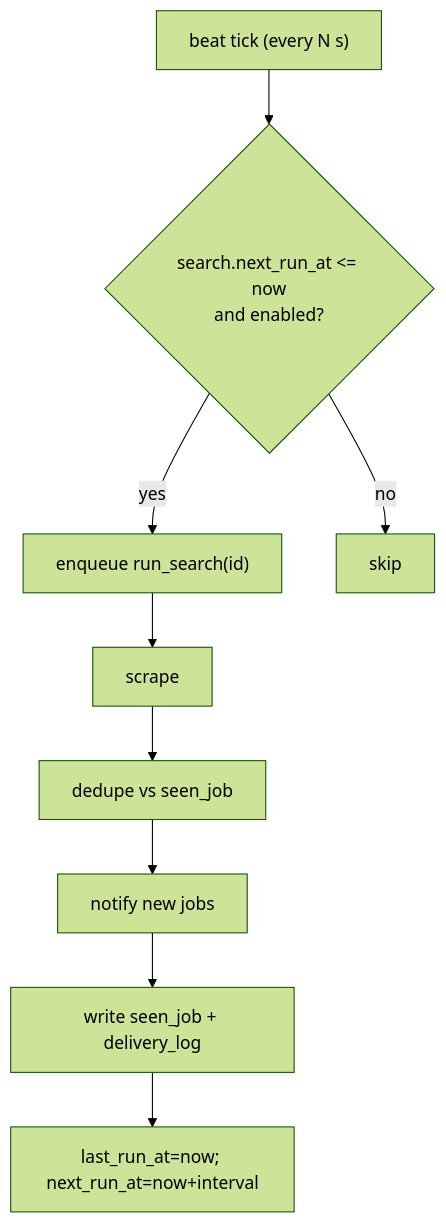
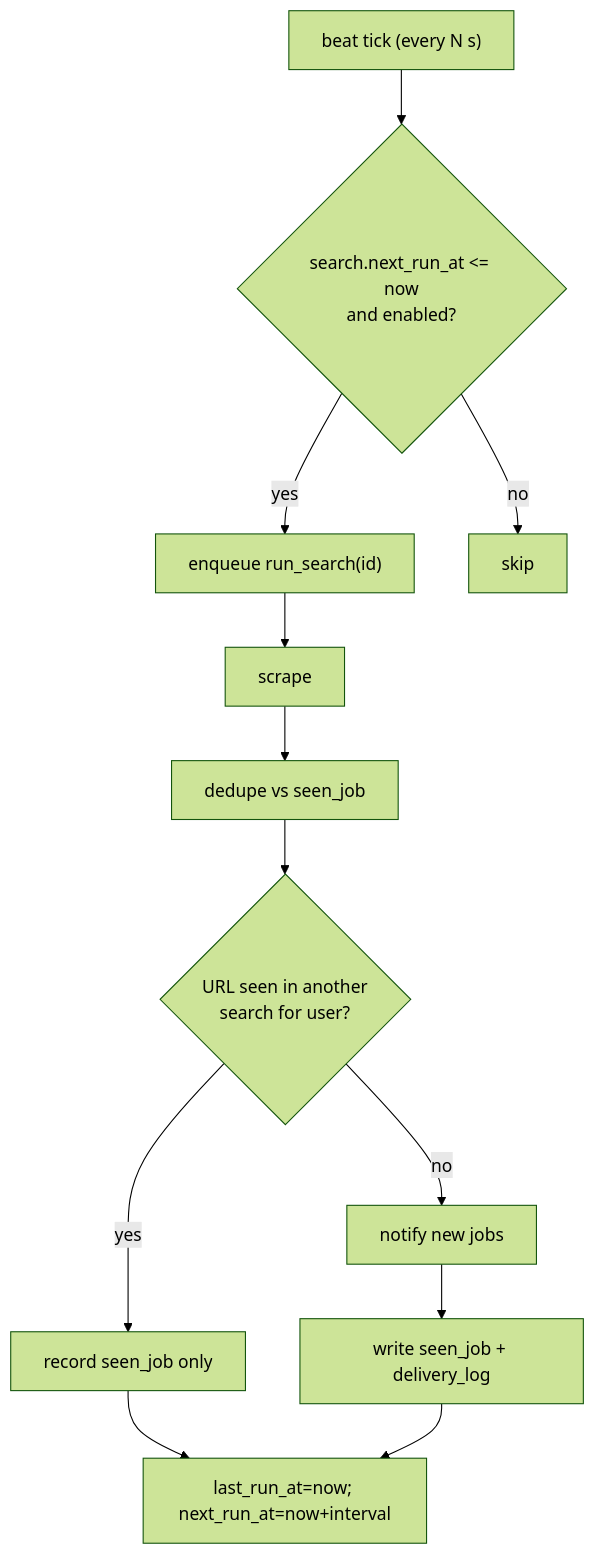
One commit to davidcristian/HeadStart changed the diagram in docs/modules/worker.md. Above: the diagram before and after it, drawn with Mermaid (forest theme). The commit also changed other lines of this file and 11 other files, not shown here.

````diff
--- a/docs/modules/worker.md
+++ b/docs/modules/worker.md
@@ -33,9 +33,13 @@
 ```mermaid
 flowchart TD
   tick["beat tick (every N s)"] --> q{"search.next_run_at <= now\nand enabled?"}
   q -->|yes| enqueue["enqueue run_search(id)"]
   q -->|no| skip[skip]
   enqueue --> scrape[scrape] --> dedupe[dedupe vs seen_job]
-  dedupe --> notify["notify new jobs"] --> record["write seen_job + delivery_log"]
+  dedupe --> cross{"URL seen in another\nsearch for user?"}
+  cross -->|yes| record_only[record seen_job only]
+  cross -->|no| notify["notify new jobs"]
+  record_only --> reschedule
+  notify --> record["write seen_job + delivery_log"]
   record --> reschedule["last_run_at=now; next_run_at=now+interval"]
 ```
````
